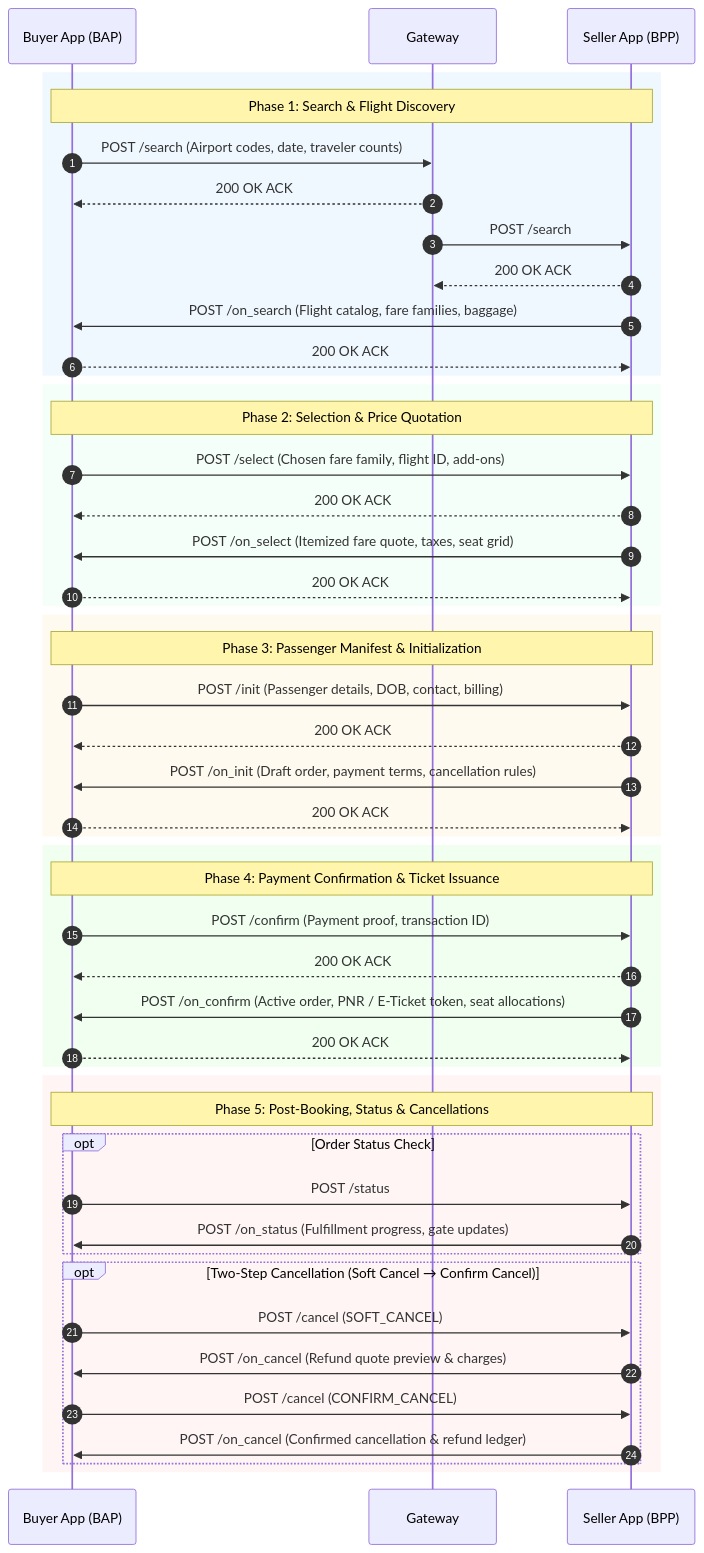
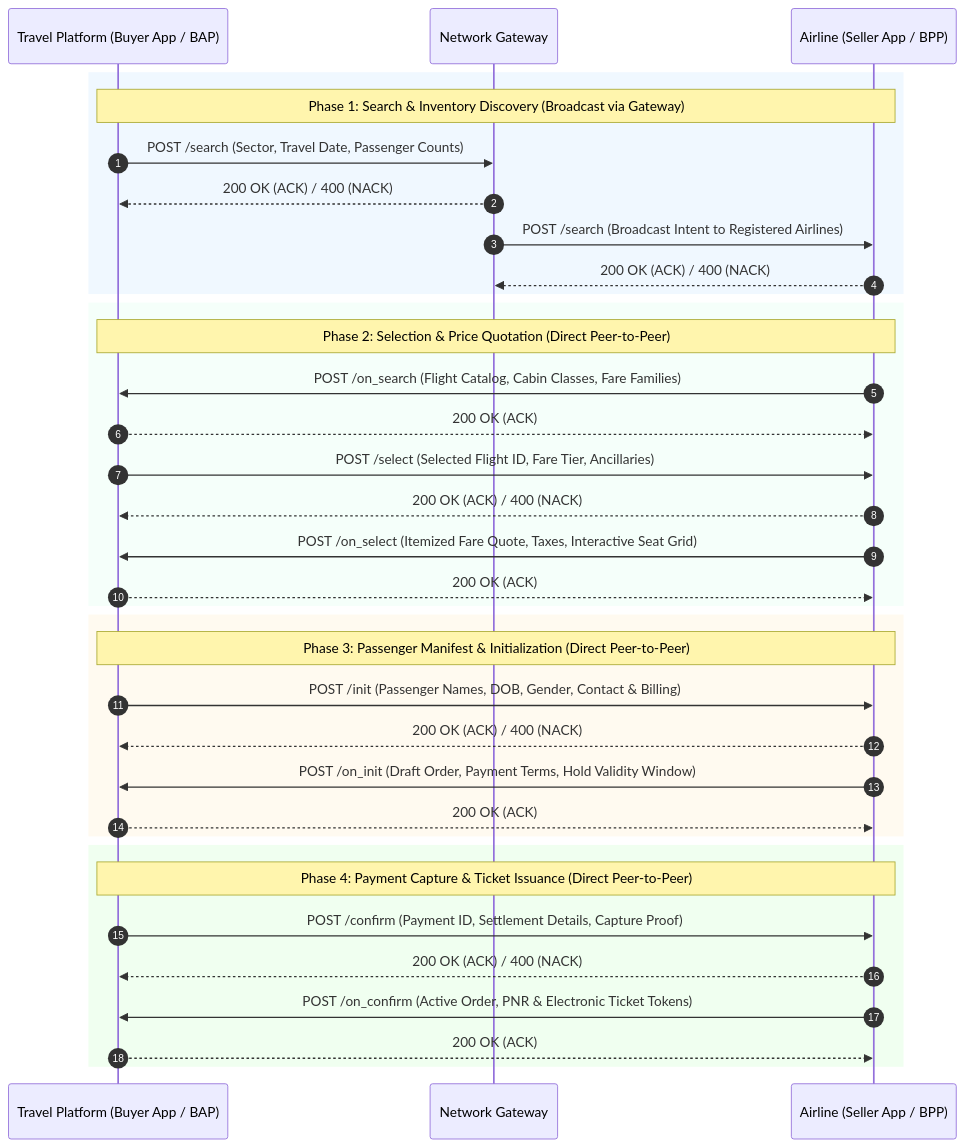
One commit to ONDC-Official/automation-specifications changed the second of 5 diagrams in config/docs/airline.md. Above: the diagram before and after it, drawn with Mermaid. The commit also changed other lines of this file, not shown here.

Commit message:
fix: airline md file

````diff
--- a/config/docs/airline.md
+++ b/config/docs/airline.md
@@ -59,55 +247,41 @@
 ```mermaid
 sequenceDiagram
     autonumber
-    participant BAP as Buyer App (BAP)
-    participant Gateway as Gateway
-    participant BPP as Seller App (BPP)
-    
+    participant BAP as Travel Platform (Buyer App / BAP)
+    participant Gateway as Network Gateway
+    participant BPP as Airline (Seller App / BPP)
+
     rect rgb(240, 248, 255)
-    Note over BAP,BPP: Phase 1: Search & Flight Discovery
-    BAP->>Gateway: POST /search (Airport codes, date, traveler counts)
-    Gateway-->>BAP: 200 OK ACK
-    Gateway->>BPP: POST /search
-    BPP-->>Gateway: 200 OK ACK
-    BPP->>BAP: POST /on_search (Flight catalog, fare families, baggage)
-    BAP-->>BPP: 200 OK ACK
+    Note over BAP,BPP: Phase 1: Search & Inventory Discovery (Broadcast via Gateway)
+    BAP->>Gateway: POST /search (Sector, Travel Date, Passenger Counts)
+    Gateway-->>BAP: 200 OK (ACK) / 400 (NACK)
+    Gateway->>BPP: POST /search (Broadcast Intent to Registered Airlines)
+    BPP-->>Gateway: 200 OK (ACK) / 400 (NACK)
     end
 
     rect rgb(245, 255, 250)
-    Note over BAP,BPP: Phase 2: Selection & Price Quotation
-    BAP->>BPP: POST /select (Chosen fare family, flight ID, add-ons)
-    BPP-->>BAP: 200 OK ACK
-    BPP->>BAP: POST /on_select (Itemized fare quote, taxes, seat grid)
-    BAP-->>BPP: 200 OK ACK
+    Note over BAP,BPP: Phase 2: Selection & Price Quotation (Direct Peer-to-Peer)
+    BPP->>BAP: POST /on_search (Flight Catalog, Cabin Classes, Fare Families)
+    BAP-->>BPP: 200 OK (ACK)
+    BAP->>BPP: POST /select (Selected Flight ID, Fare Tier, Ancillaries)
+    BPP-->>BAP: 200 OK (ACK) / 400 (NACK)
+    BPP->>BAP: POST /on_select (Itemized Fare Quote, Taxes, Interactive Seat Grid)
+    BAP-->>BPP: 200 OK (ACK)
     end
 
     rect rgb(255, 250, 240)
-    Note over BAP,BPP: Phase 3: Passenger Manifest & Initialization
-    BAP->>BPP: POST /init (Passenger details, DOB, contact, billing)
-    BPP-->>BAP: 200 OK ACK
-    BPP->>BAP: POST /on_init (Draft order, payment terms, cancellation rules)
-    BAP-->>BPP: 200 OK ACK
+    Note over BAP,BPP: Phase 3: Passenger Manifest & Initialization (Direct Peer-to-Peer)
+    BAP->>BPP: POST /init (Passenger Names, DOB, Gender, Contact & Billing)
+    BPP-->>BAP: 200 OK (ACK) / 400 (NACK)
+    BPP->>BAP: POST /on_init (Draft Order, Payment Terms, Hold Validity Window)
+    BAP-->>BPP: 200 OK (ACK)
     end
 
     rect rgb(240, 255, 240)
-    Note over BAP,BPP: Phase 4: Payment Confirmation & Ticket Issuance
-    BAP->>BPP: POST /confirm (Payment proof, transaction ID)
-    BPP-->>BAP: 200 OK ACK
-    BPP->>BAP: POST /on_confirm (Active order, PNR / E-Ticket token, seat allocations)
-    BAP-->>BPP: 200 OK ACK
-    end
-
-    rect rgb(255, 245, 245)
-    Note over BAP,BPP: Phase 5: Post-Booking, Status & Cancellations
-    opt Order Status Check
-        BAP->>BPP: POST /status
-        BPP->>BAP: POST /on_status (Fulfillment progress, gate updates)
-    end
-    opt Two-Step Cancellation (Soft Cancel → Confirm Cancel)
-        BAP->>BPP: POST /cancel (SOFT_CANCEL)
-        BPP->>BAP: POST /on_cancel (Refund quote preview & charges)
-        BAP->>BPP: POST /cancel (CONFIRM_CANCEL)
-        BPP->>BAP: POST /on_cancel (Confirmed cancellation & refund ledger)
-    end
+    Note over BAP,BPP: Phase 4: Payment Capture & Ticket Issuance (Direct Peer-to-Peer)
+    BAP->>BPP: POST /confirm (Payment ID, Settlement Details, Capture Proof)
+    BPP-->>BAP: 200 OK (ACK) / 400 (NACK)
+    BPP->>BAP: POST /on_confirm (Active Order, PNR & Electronic Ticket Tokens)
+    BAP-->>BPP: 200 OK (ACK)
     end
 ```
````
